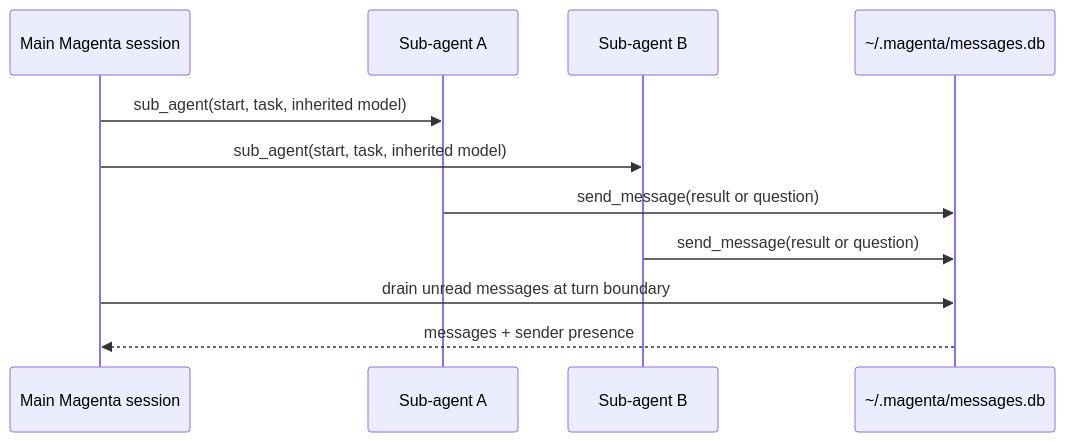
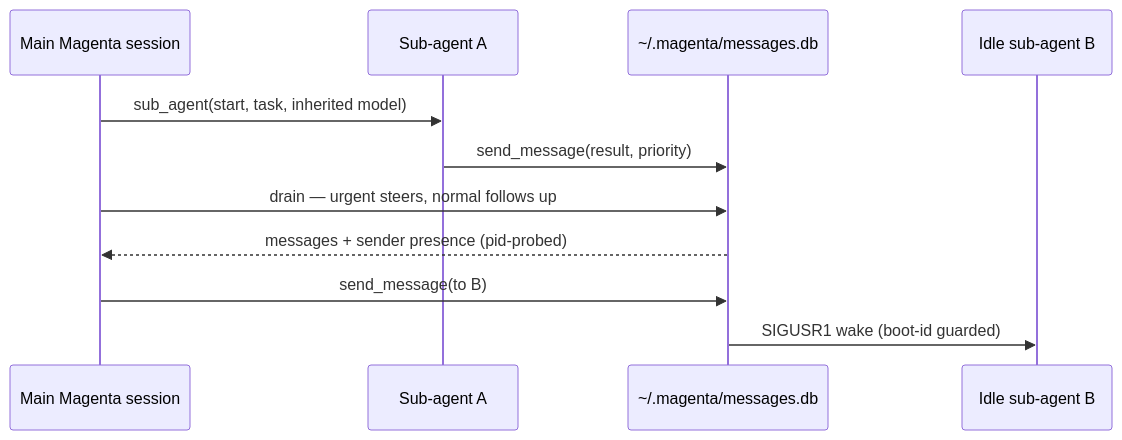
Before and after one commit to Minions-Land/Magenta: the second of 6 diagrams in README.md, drawn with Mermaid. The commit also changed other lines of this file and 11 other files, not shown here.

````diff
--- a/README.md
+++ b/README.md
@@ -167,14 +179,14 @@
 ```mermaid
 sequenceDiagram
     participant Main as Main Magenta session
     participant SubA as Sub-agent A
-    participant SubB as Sub-agent B
     participant DB as ~/.magenta/messages.db
+    participant SubB as Idle sub-agent B
 
     Main->>SubA: sub_agent(start, task, inherited model)
-    Main->>SubB: sub_agent(start, task, inherited model)
-    SubA->>DB: send_message(result or question)
-    SubB->>DB: send_message(result or question)
-    Main->>DB: drain unread messages at turn boundary
-    DB-->>Main: messages + sender presence
+    SubA->>DB: send_message(result, priority)
+    Main->>DB: drain — urgent steers, normal follows up
+    DB-->>Main: messages + sender presence (pid-probed)
+    Main->>DB: send_message(to B)
+    DB->>SubB: SIGUSR1 wake (boot-id guarded)
 ```
````
